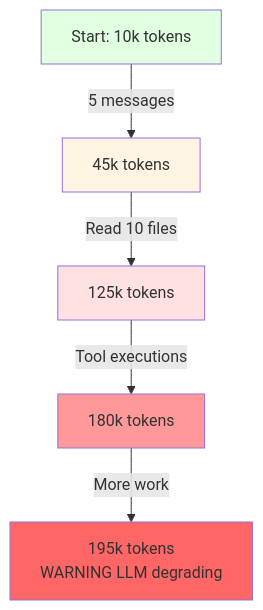
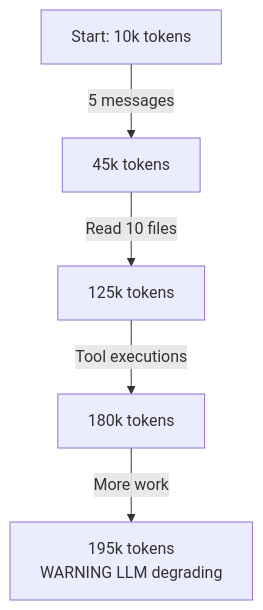
The third of 3 diagrams in docs/02_context.md (uz0/llm), drawn with Mermaid before and after one commit. The commit also changed other lines of this file and 7 other files, not shown here.

First line of the commit message:
Fix navigation styling and improve Mermaid treemap diagram

````diff
--- a/docs/02_context.md
+++ b/docs/02_context.md
@@ -281,13 +282,7 @@
 ```mermaid
 graph TD
     A["Start: 10k tokens"] -->|5 messages| B["45k tokens"]
     B -->|Read 10 files| C["125k tokens"]
     C -->|Tool executions| D["180k tokens"]
     D -->|More work| E["195k tokens<br/>WARNING LLM degrading"]
-
-    style A fill:#e1ffe1
-    style B fill:#fff4e1
-    style C fill:#ffe1e1
-    style D fill:#ff9999
-    style E fill:#ff6666
 ```
````
